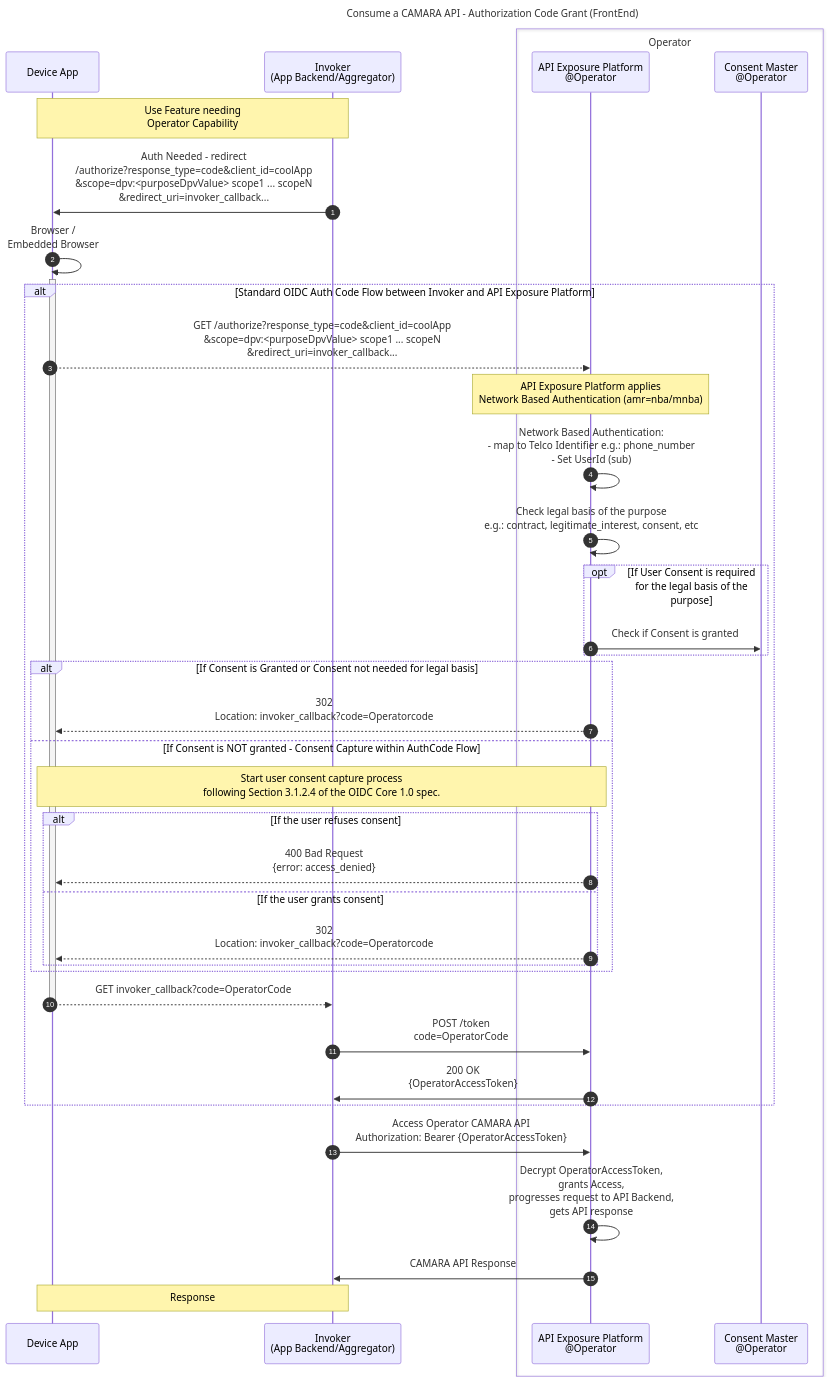
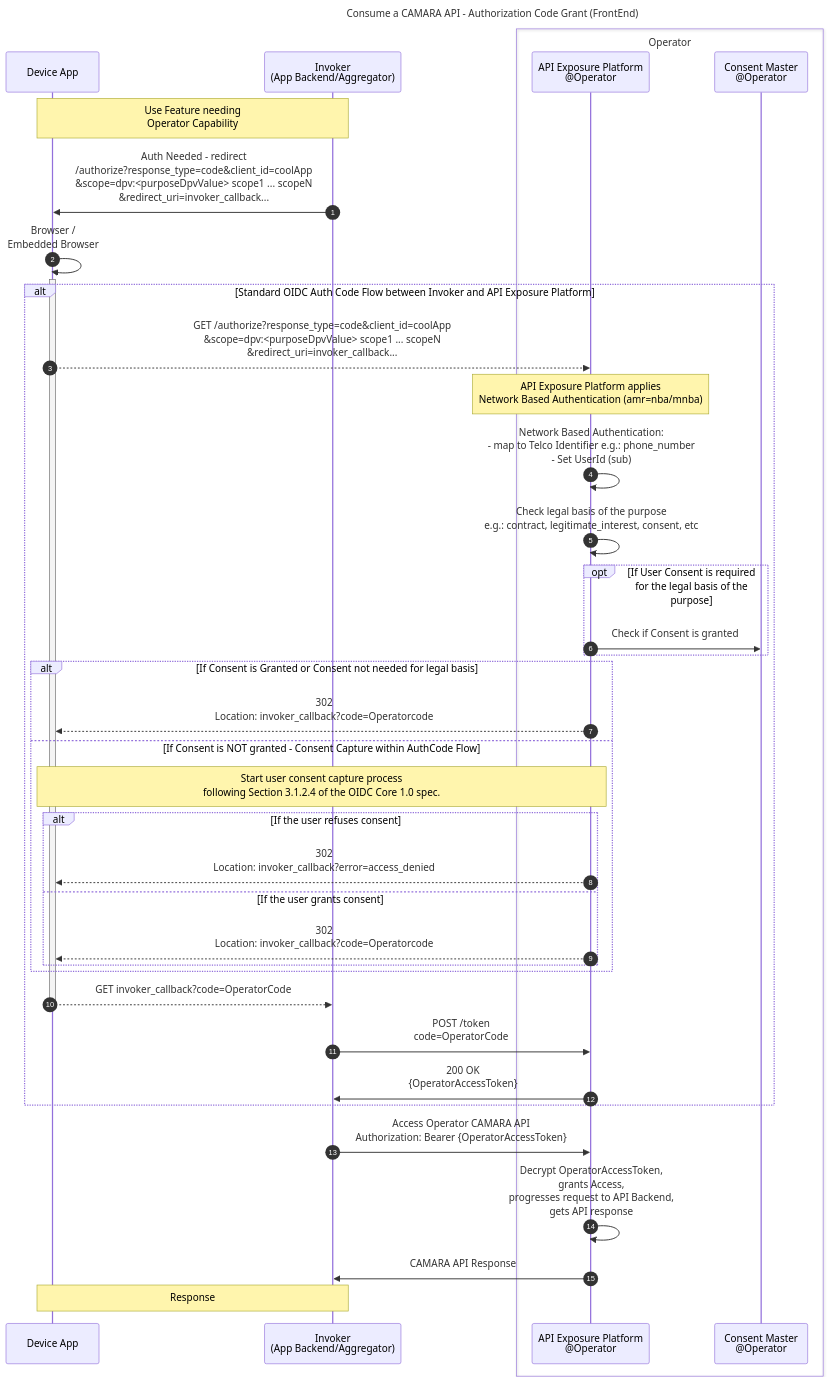
Before and after one commit to camaraproject/IdentityAndConsentManagement: the first of 2 diagrams in documentation/CAMARA-API-access-and-user-consent.md, drawn with Mermaid.

Commit message:
Fix returned error in authentication code flow

````diff
--- a/documentation/CAMARA-API-access-and-user-consent.md
+++ b/documentation/CAMARA-API-access-and-user-consent.md
@@ -90,42 +90,42 @@
 ```mermaid
 sequenceDiagram
 autonumber
 title Consume a CAMARA API - Authorization Code Grant (FrontEnd)
 participant FE as Device App
 participant BE as Invoker<br>(App Backend/Aggregator)
 box Operator
   participant ExpO as API Exposure Platform<br>@Operator
   participant Consent as Consent Master<br>@Operator
 end
 
 Note over FE,BE: Use Feature needing<br>Operator Capability  
 BE->>FE: Auth Needed - redirect <br>/authorize?response_type=code&client_id=coolApp<br>&scope=dpv:<purposeDpvValue> scope1 ... scopeN<br>&redirect_uri=invoker_callback...
 FE->>+FE: Browser /<br> Embedded Browser
 alt Standard OIDC Auth Code Flow between Invoker and API Exposure Platform
   FE-->>ExpO: GET /authorize?response_type=code&client_id=coolApp<br>&scope=dpv:<purposeDpvValue> scope1 ... scopeN<br>&redirect_uri=invoker_callback...
   Note over ExpO: API Exposure Platform applies<br>Network Based Authentication (amr=nba/mnba)
   ExpO->>ExpO: Network Based Authentication:<br>- map to Telco Identifier e.g.: phone_number<br>- Set UserId (sub)  
   ExpO->>ExpO: Check legal basis of the purpose<br> e.g.: contract, legitimate_interest, consent, etc 
   opt If User Consent is required for the legal basis of the purpose  
     ExpO->>Consent: Check if Consent is granted    
   end  
   alt If Consent is Granted or Consent not needed for legal basis   
     ExpO-->>FE: 302<br>Location: invoker_callback?code=Operatorcode
   else If Consent is NOT granted - Consent Capture within AuthCode Flow  
     Note over FE,ExpO: Start user consent capture process<br>following Section 3.1.2.4 of the OIDC Core 1.0 spec.    
     alt If the user refuses consent
-      ExpO-->>FE: 400 Bad Request <br> {error: access_denied}
+      ExpO-->>FE: 302<br>Location: invoker_callback?error=access_denied
     else If the user grants consent
       ExpO-->>FE: 302<br>Location: invoker_callback?code=Operatorcode
     end
   end
   FE-->>-BE: GET invoker_callback?code=OperatorCode
   BE->>ExpO: POST /token<br> code=OperatorCode
   ExpO->>BE: 200 OK <br> {OperatorAccessToken}
 end
 
 BE->>ExpO: Access Operator CAMARA API <br> Authorization: Bearer {OperatorAccessToken}        
 ExpO->>ExpO: Decrypt OperatorAccessToken,<br>grants Access,<br>progresses request to API Backend,<br>gets API response  
 ExpO->>BE: CAMARA API Response
 Note over BE,FE: Response
 ```
````
